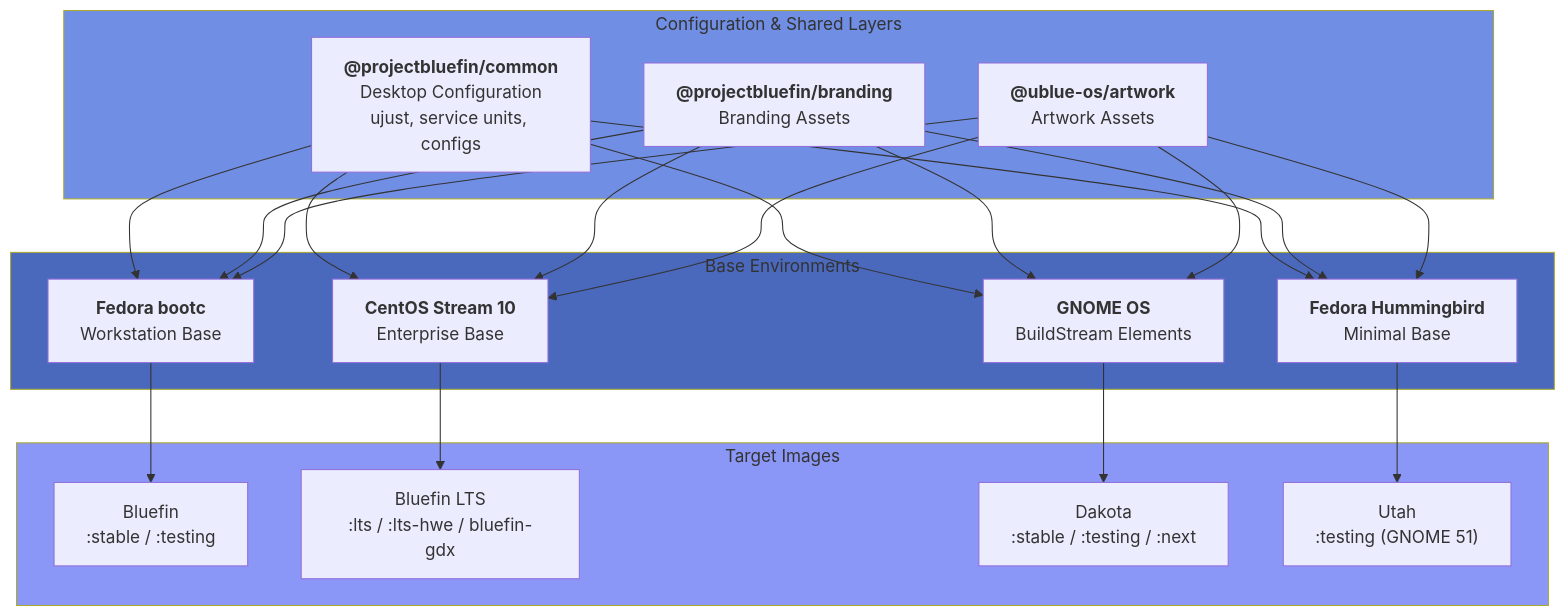
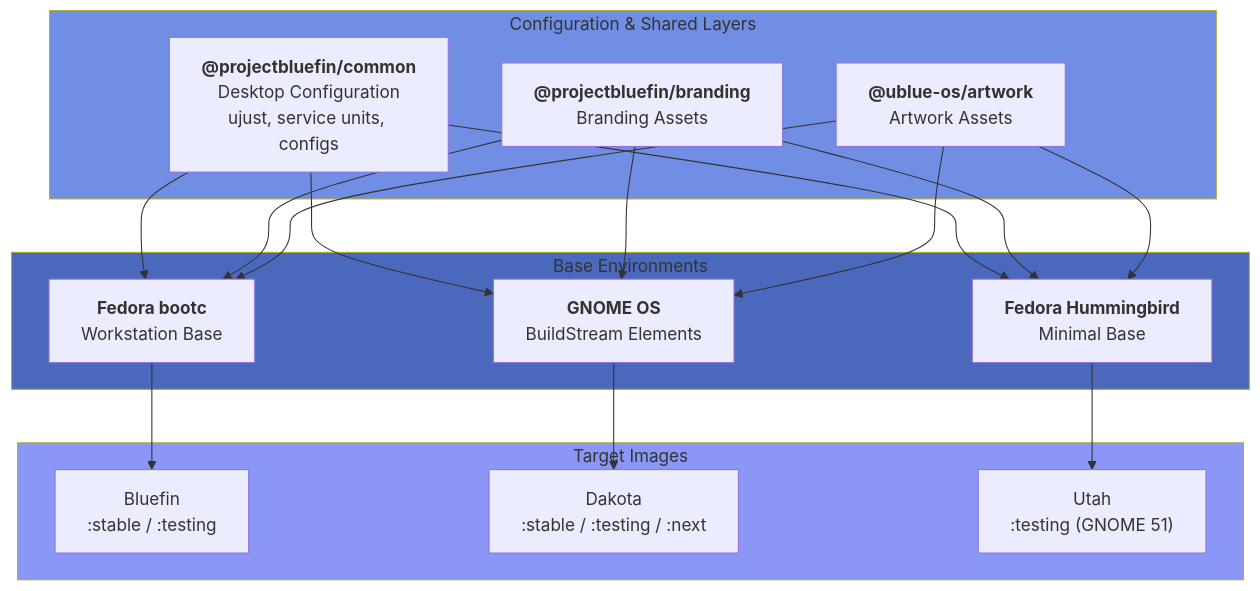
Before and after one commit to projectbluefin/documentation: the diagram in docs/contributing.md, drawn with Mermaid. The commit also changed other lines of this file and 129 other files, not shown here.

First line of the commit message:
feat(docs): remove Bluefin LTS and GDX from the site

````diff
--- a/docs/contributing.md
+++ b/docs/contributing.md
@@ -99,46 +98,40 @@
 ```mermaid
 flowchart TB
     subgraph oci["Configuration & Shared Layers"]
         common["<strong>@projectbluefin/common</strong><br/>Desktop Configuration<br/>ujust, service units, configs"]
         branding["<strong>@projectbluefin/branding</strong><br/>Branding Assets"]
         artwork["<strong>@ublue-os/artwork</strong><br/>Artwork Assets"]
     end
 
     subgraph base["Base Environments"]
         fedora["<strong>Fedora bootc</strong><br/>Workstation Base"]
-        centos["<strong>CentOS Stream 10</strong><br/>Enterprise Base"]
         gnome_base["<strong>GNOME OS</strong><br/>BuildStream Elements"]
         hummingbird["<strong>Fedora Hummingbird</strong><br/>Minimal Base"]
     end
 
     subgraph images["Target Images"]
         bluefin["Bluefin<br/>:stable / :testing"]
-        lts["Bluefin LTS<br/>:lts / :lts-hwe / bluefin-gdx"]
         dakota["Dakota<br/>:stable / :testing / :next"]
         utah["Utah<br/>:testing (GNOME 51)"]
     end
 
     common --> fedora
-    common --> centos
     common --> gnome_base
     common --> hummingbird
 
     branding --> fedora
-    branding --> centos
     branding --> gnome_base
     branding --> hummingbird
 
     artwork --> fedora
-    artwork --> centos
     artwork --> gnome_base
     artwork --> hummingbird
 
     fedora --> bluefin
-    centos --> lts
     gnome_base --> dakota
     hummingbird --> utah
 
     style oci fill:#708ee3
     style base fill:#4a69bd
     style images fill:#8a97f7
 ```
````
